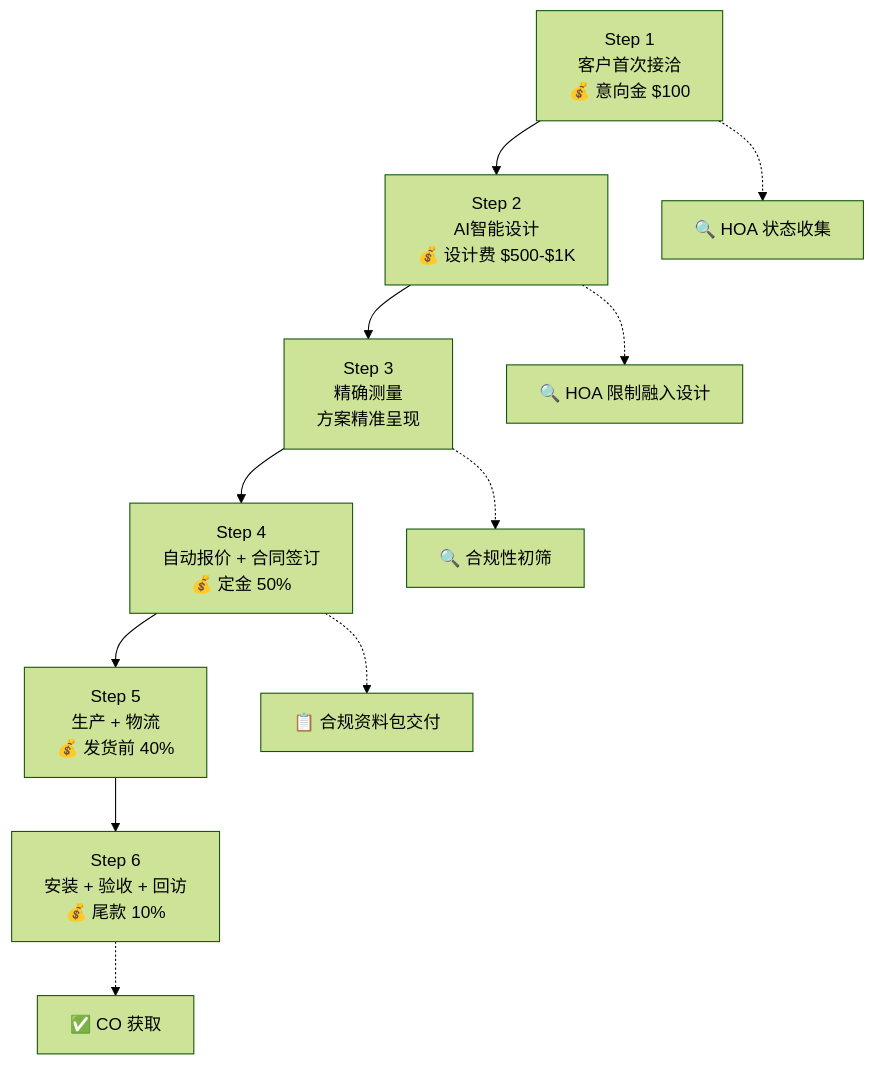
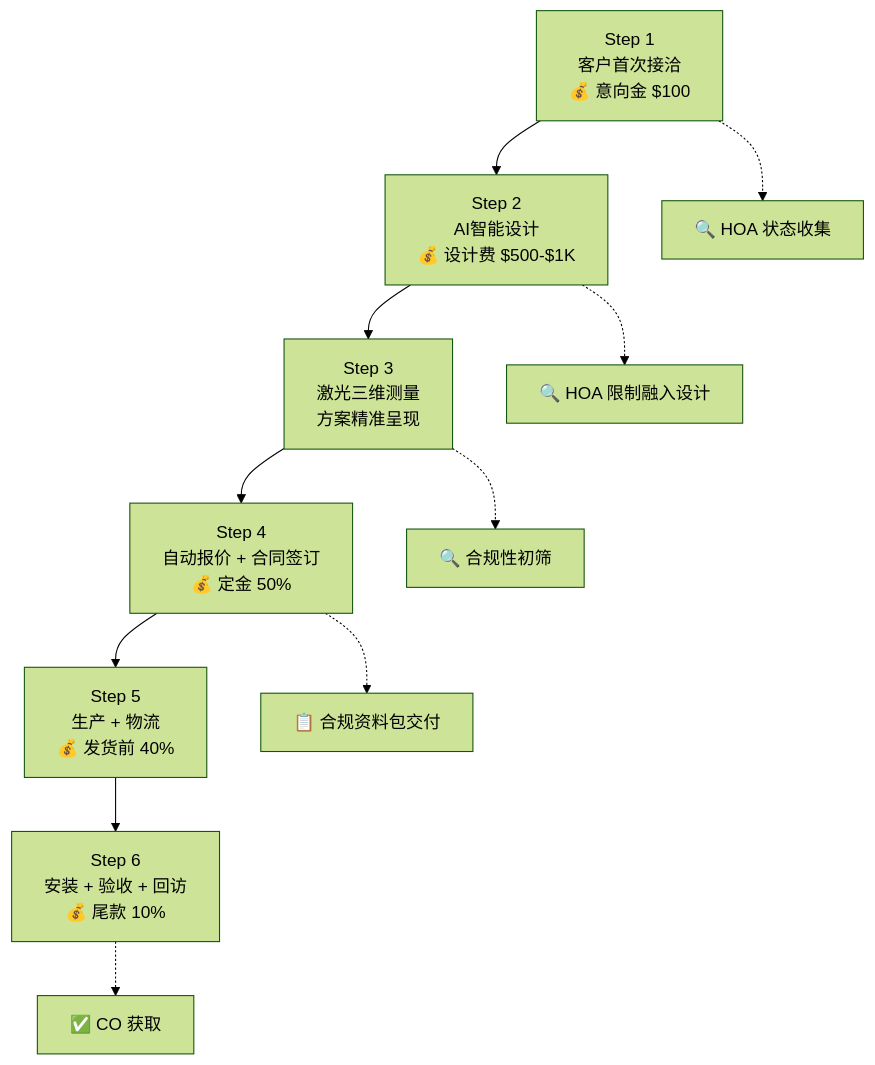
The diagram in docs/business-workflow.md (websterzhangsh/N-Site-Prototype), drawn with Mermaid (forest theme) before and after one commit. The commit also changed other lines of this file, not shown here.

````diff
--- a/docs/business-workflow.md
+++ b/docs/business-workflow.md
@@ -47,14 +47,14 @@
 ```mermaid
 graph TB
     S1["Step 1<br/>客户首次接洽<br/>💰 意向金 $100"] --> S2["Step 2<br/>AI智能设计<br/>💰 设计费 $500-$1K"]
-    S2 --> S3["Step 3<br/>精确测量<br/>方案精准呈现"]
+    S2 --> S3["Step 3<br/>激光三维测量<br/>方案精准呈现"]
     S3 --> S4["Step 4<br/>自动报价 + 合同签订<br/>💰 定金 50%"]
     S4 --> S5["Step 5<br/>生产 + 物流<br/>💰 发货前 40%"]
     S5 --> S6["Step 6<br/>安装 + 验收 + 回访<br/>💰 尾款 10%"]
 
     S1 -.-> C1["🔍 HOA 状态收集"]
     S2 -.-> C2["🔍 HOA 限制融入设计"]
     S3 -.-> C3["🔍 合规性初筛"]
     S4 -.-> C4["📋 合规资料包交付"]
     S6 -.-> C5["✅ CO 获取"]
 ```
````
